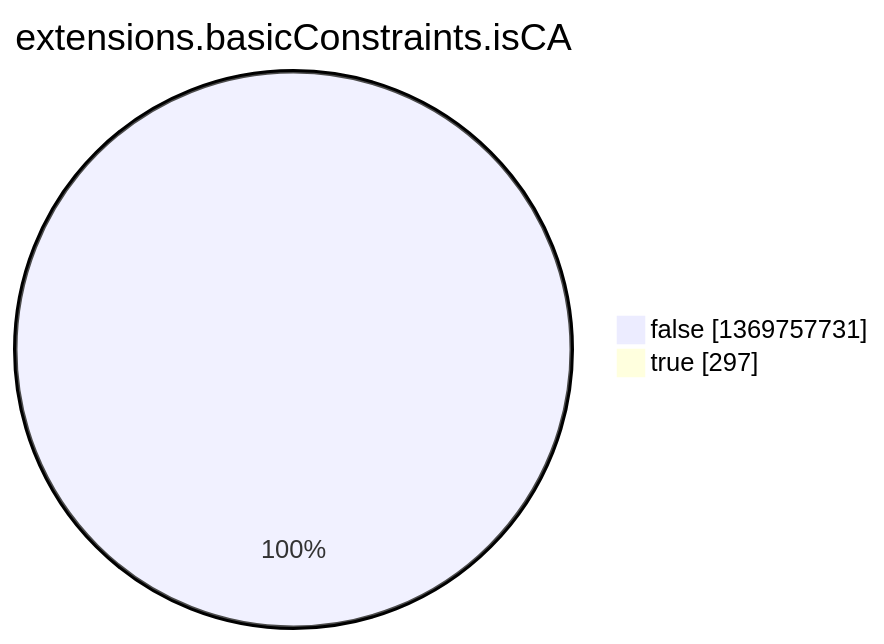
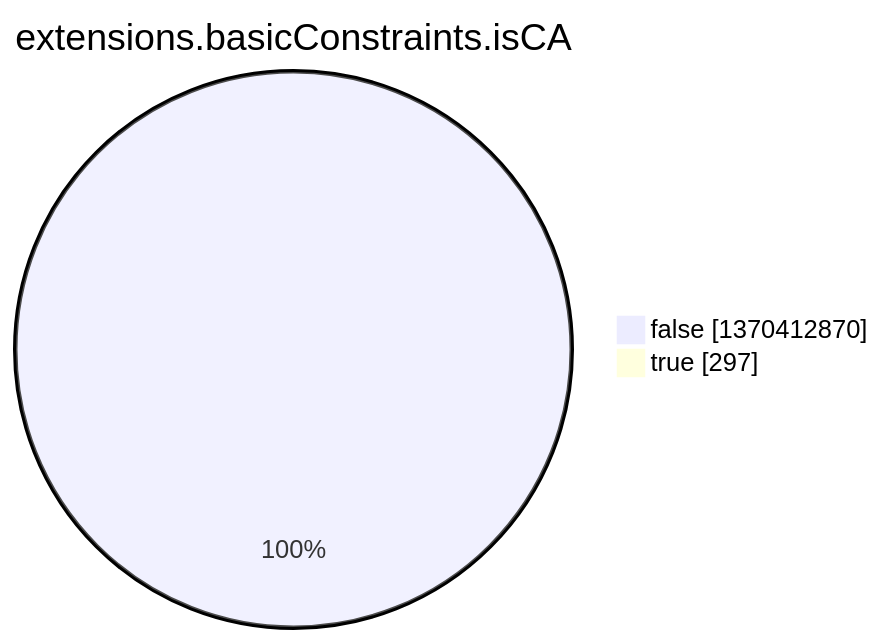
Before and after one commit to christiankrug/ctmonitor_visualization: the eighth of 15 diagrams in argon2022/README.md, drawn with Mermaid. The commit also changed other lines of this file, not shown here.

````diff
--- a/argon2022/README.md
+++ b/argon2022/README.md
@@ -2759,6 +2759,6 @@
 ```mermaid
 pie showData
 title extensions.basicConstraints.isCA
-"false" :1369757731
+"false" :1370412870
 "true" :297
 ```
````
